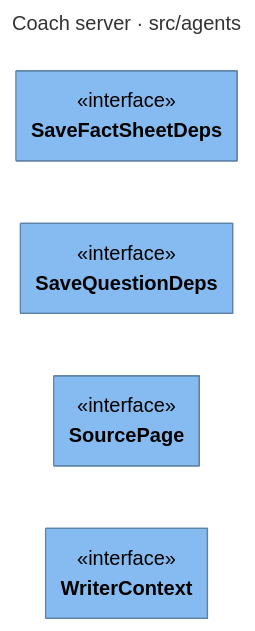
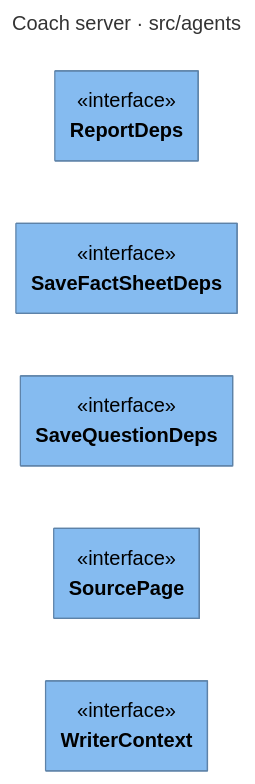
Before and after one commit to ythalorossy/study-coach: the diagram in architecture-docs/study-coach/c4-code-study-coach-src-agents.mmd, drawn with Mermaid. The commit also changed 15 other files, not shown here.

Commit message:
docs: refresh the architecture report for the new folders, reviewer agent and question bank

```diff
--- a/architecture-docs/study-coach/c4-code-study-coach-src-agents.mmd
+++ b/architecture-docs/study-coach/c4-code-study-coach-src-agents.mmd
@@ -1,24 +1,28 @@
 ---
 title: "Coach server · src/agents"
 config:
   class:
     hideEmptyMembersBox: true
 ---
 classDiagram
     direction LR
+    class ReportDeps {
+        <<interface>>
+    }
     class SaveFactSheetDeps {
         <<interface>>
     }
     class SaveQuestionDeps {
         <<interface>>
     }
     class SourcePage {
         <<interface>>
     }
     class WriterContext {
         <<interface>>
     }
+    style ReportDeps fill:#85bbf0,stroke:#5d82a8,color:#000000
     style SaveFactSheetDeps fill:#85bbf0,stroke:#5d82a8,color:#000000
     style SaveQuestionDeps fill:#85bbf0,stroke:#5d82a8,color:#000000
     style SourcePage fill:#85bbf0,stroke:#5d82a8,color:#000000
     style WriterContext fill:#85bbf0,stroke:#5d82a8,color:#000000
```
